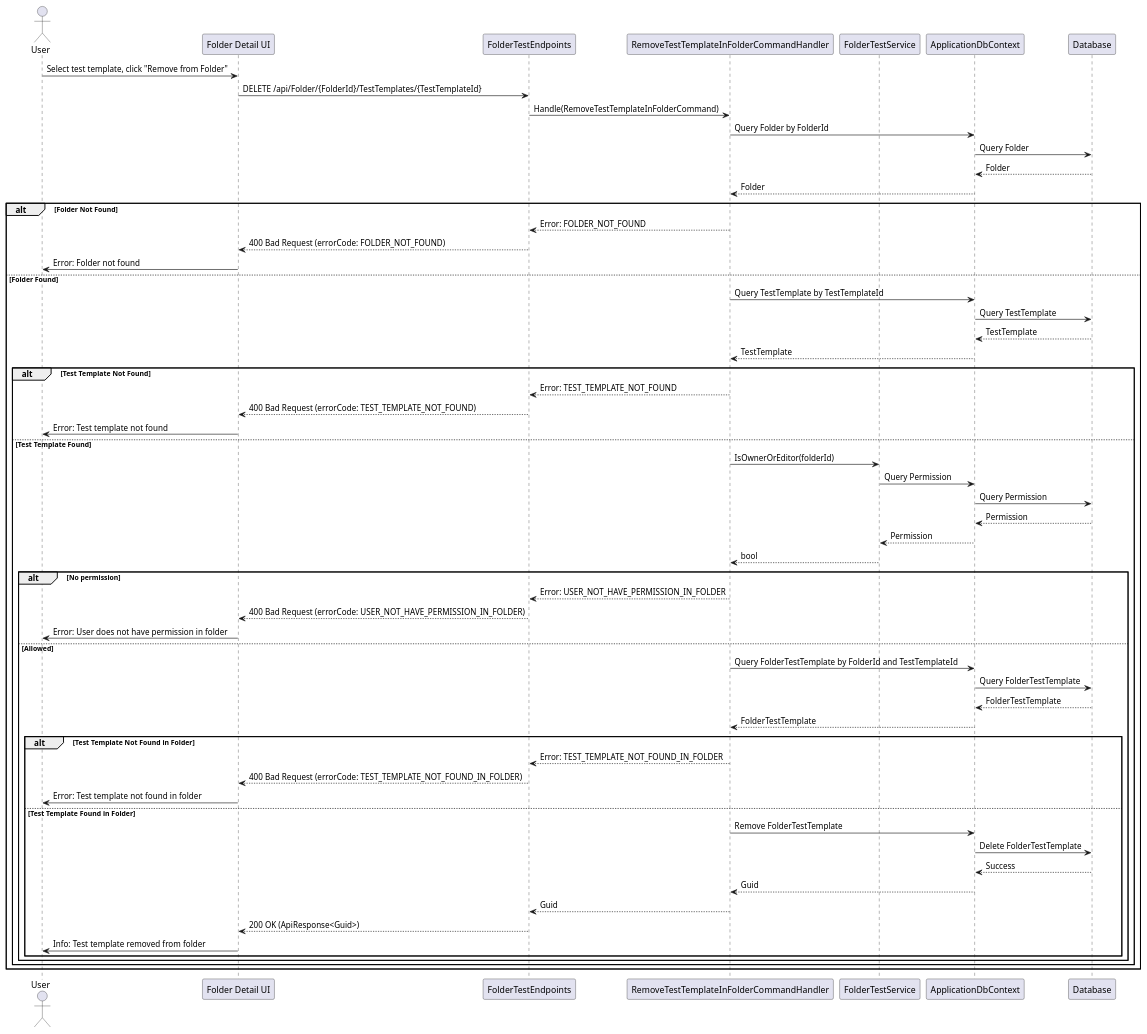
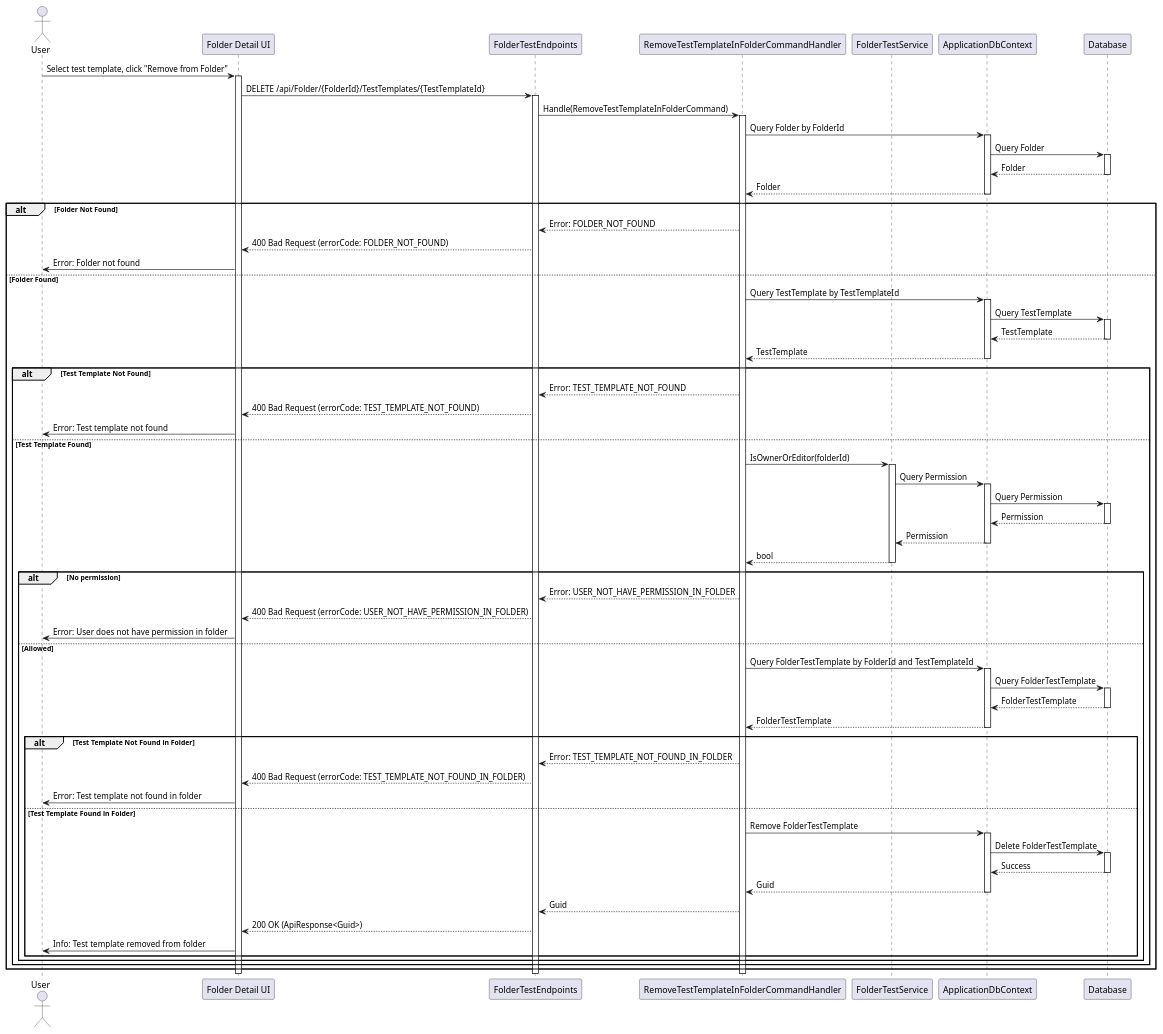
The diagram in FolderTest/Sequence/RemoveTestTemplateInFolderCommand.puml (thanhkhac/SEP_Diagram), drawn with PlantUML before and after one commit. The commit also changed 52 other files, not shown here.

Commit message:
Add UI activation/deactivation to sequence diagrams

```diff
--- a/FolderTest/Sequence/RemoveTestTemplateInFolderCommand.puml
+++ b/FolderTest/Sequence/RemoveTestTemplateInFolderCommand.puml
@@ -1,62 +1,90 @@
 @startuml
 actor User
 participant "Folder Detail UI" as UI
 participant FolderTestEndpoints
 participant RemoveTestTemplateInFolderCommandHandler as Handler
 participant FolderTestService
 participant ApplicationDbContext
 participant Database
 
 User -> UI : Select test template, click "Remove from Folder"
+activate UI
 UI -> FolderTestEndpoints : DELETE /api/Folder/{FolderId}/TestTemplates/{TestTemplateId}
+activate FolderTestEndpoints
 FolderTestEndpoints -> Handler : Handle(RemoveTestTemplateInFolderCommand)
+activate Handler
 Handler -> ApplicationDbContext : Query Folder by FolderId
+activate ApplicationDbContext
 ApplicationDbContext -> Database : Query Folder
+activate Database
 Database --> ApplicationDbContext : Folder
+deactivate Database
 ApplicationDbContext --> Handler : Folder
+deactivate ApplicationDbContext
 alt Folder Not Found
     Handler --> FolderTestEndpoints : Error: FOLDER_NOT_FOUND
     FolderTestEndpoints --> UI : 400 Bad Request (errorCode: FOLDER_NOT_FOUND)
     UI -> User : Error: Folder not found
 else Folder Found
     Handler -> ApplicationDbContext : Query TestTemplate by TestTemplateId
+    activate ApplicationDbContext
     ApplicationDbContext -> Database : Query TestTemplate
+    activate Database
     Database --> ApplicationDbContext : TestTemplate
+    deactivate Database
     ApplicationDbContext --> Handler : TestTemplate
+    deactivate ApplicationDbContext
     alt Test Template Not Found
         Handler --> FolderTestEndpoints : Error: TEST_TEMPLATE_NOT_FOUND
         FolderTestEndpoints --> UI : 400 Bad Request (errorCode: TEST_TEMPLATE_NOT_FOUND)
         UI -> User : Error: Test template not found
     else Test Template Found
         Handler -> FolderTestService : IsOwnerOrEditor(folderId)
+        activate FolderTestService
         FolderTestService -> ApplicationDbContext : Query Permission
+        activate ApplicationDbContext
         ApplicationDbContext -> Database : Query Permission
+        activate Database
         Database --> ApplicationDbContext : Permission
+        deactivate Database
         ApplicationDbContext --> FolderTestService : Permission
+        deactivate ApplicationDbContext
         FolderTestService --> Handler : bool
+        deactivate FolderTestService
         alt No permission
             Handler --> FolderTestEndpoints : Error: USER_NOT_HAVE_PERMISSION_IN_FOLDER
             FolderTestEndpoints --> UI : 400 Bad Request (errorCode: USER_NOT_HAVE_PERMISSION_IN_FOLDER)
             UI -> User : Error: User does not have permission in folder
         else Allowed
             Handler -> ApplicationDbContext : Query FolderTestTemplate by FolderId and TestTemplateId
+            activate ApplicationDbContext
             ApplicationDbContext -> Database : Query FolderTestTemplate
+            activate Database
             Database --> ApplicationDbContext : FolderTestTemplate
+            deactivate Database
             ApplicationDbContext --> Handler : FolderTestTemplate
+            deactivate ApplicationDbContext
             alt Test Template Not Found in Folder
                 Handler --> FolderTestEndpoints : Error: TEST_TEMPLATE_NOT_FOUND_IN_FOLDER
                 FolderTestEndpoints --> UI : 400 Bad Request (errorCode: TEST_TEMPLATE_NOT_FOUND_IN_FOLDER)
                 UI -> User : Error: Test template not found in folder
             else Test Template Found in Folder
                 Handler -> ApplicationDbContext : Remove FolderTestTemplate
+                activate ApplicationDbContext
                 ApplicationDbContext -> Database : Delete FolderTestTemplate
+                activate Database
                 Database --> ApplicationDbContext : Success
+                deactivate Database
                 ApplicationDbContext --> Handler : Guid
+                deactivate ApplicationDbContext
                 Handler --> FolderTestEndpoints : Guid
                 FolderTestEndpoints --> UI : 200 OK (ApiResponse<Guid>)
                 UI -> User : Info: Test template removed from folder
             end
         end
     end
 end
+deactivate Handler
+deactivate FolderTestEndpoints
+deactivate UI
 @enduml
```
